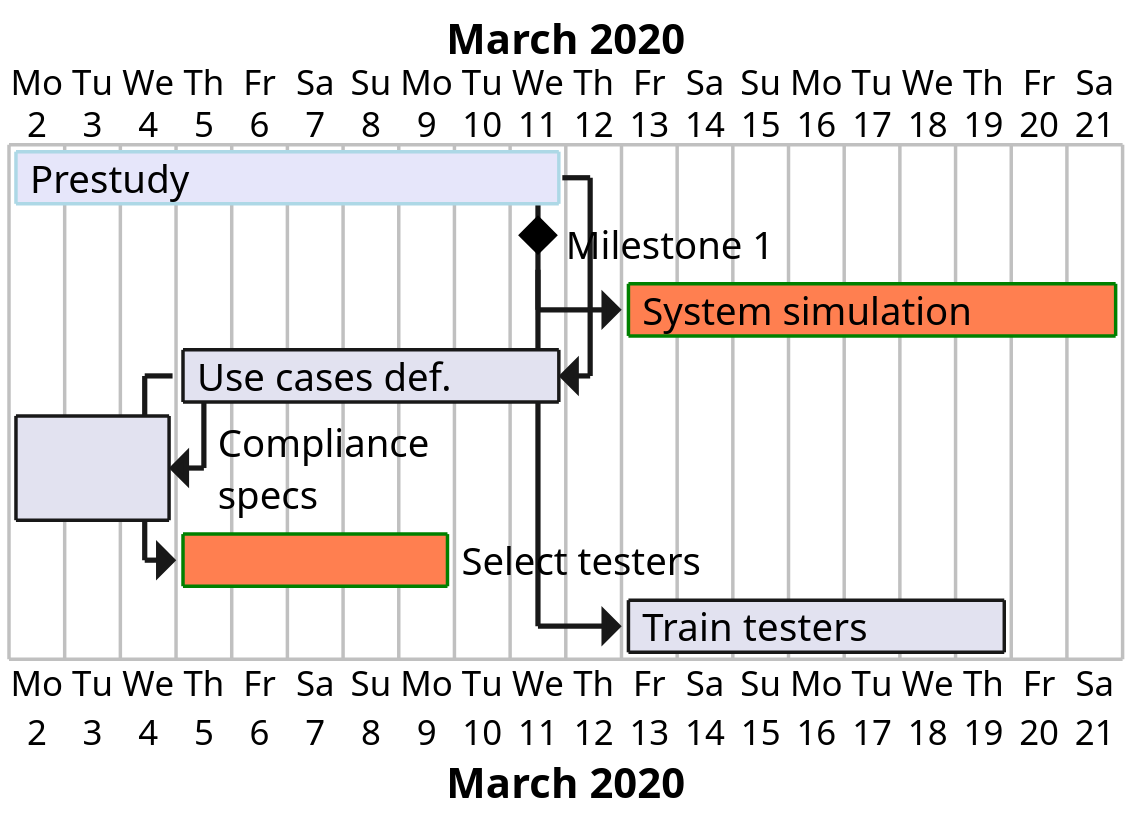
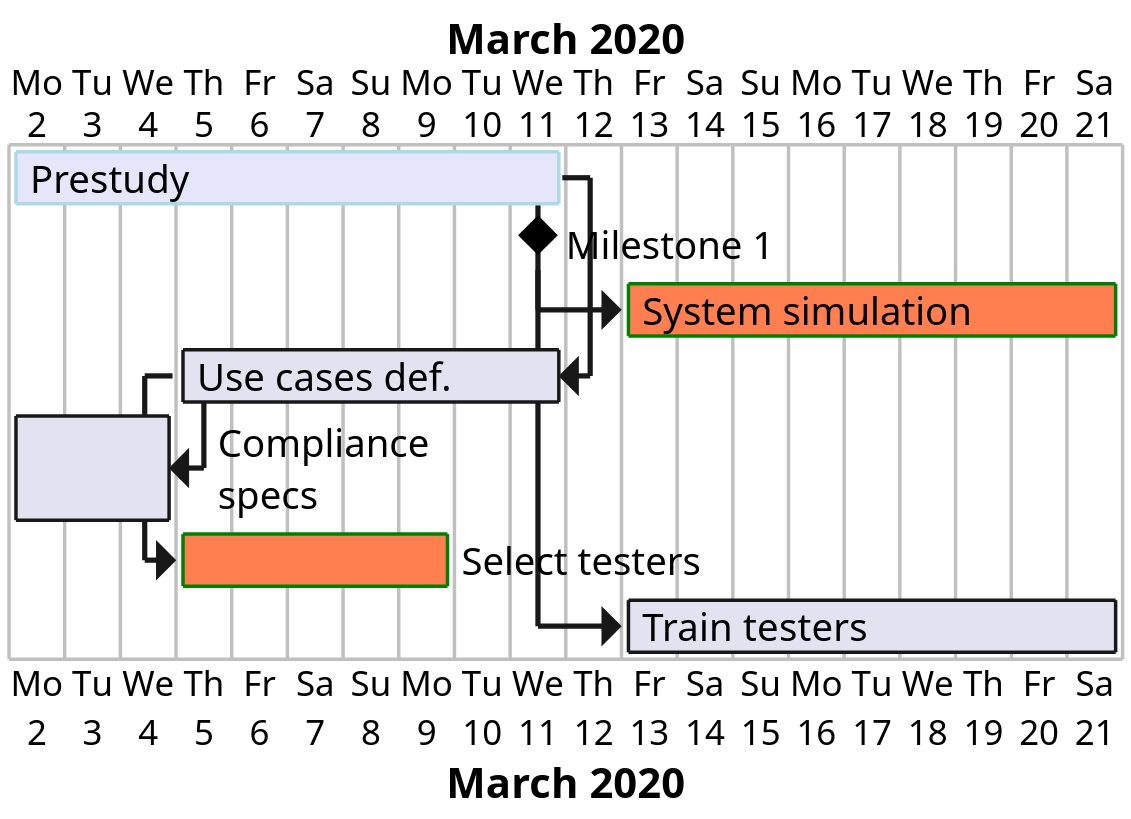
The diagram in tools/puml/gantt.puml (vamseeachanta/energy), drawn with PlantUML before and after one commit. The commit also changed 8 other files, not shown here.

```diff
--- a/tools/puml/gantt.puml
+++ b/tools/puml/gantt.puml
@@ -1,12 +1,12 @@
 @startgantt
 scale 4
 Project starts the 2020/03/02
 [Prestudy] lasts 10 days and is colored in Lavender/LightBlue
 [Milestone 1] happens at [Prestudy]'s end
 [System simulation] lasts 9 days and is colored in Coral/Green and starts 1 day after [Prestudy]'s end
 [Use cases def.] lasts 7 days and ends at [Prestudy]'s end
 [Compliance\nspecs] lasts 3 days and ends at [Use cases def.]'s start
 [Select testers] is colored in Coral/Green
 [Select testers] lasts 5 days and starts at [Use cases def.]'s start
-[Train testers] starts 1 days after [Milestone 1]'s end and lasts 7 days
+[Train testers] starts 1 days after [Milestone 1]'s end and lasts 9 days
 @endgantt
```
